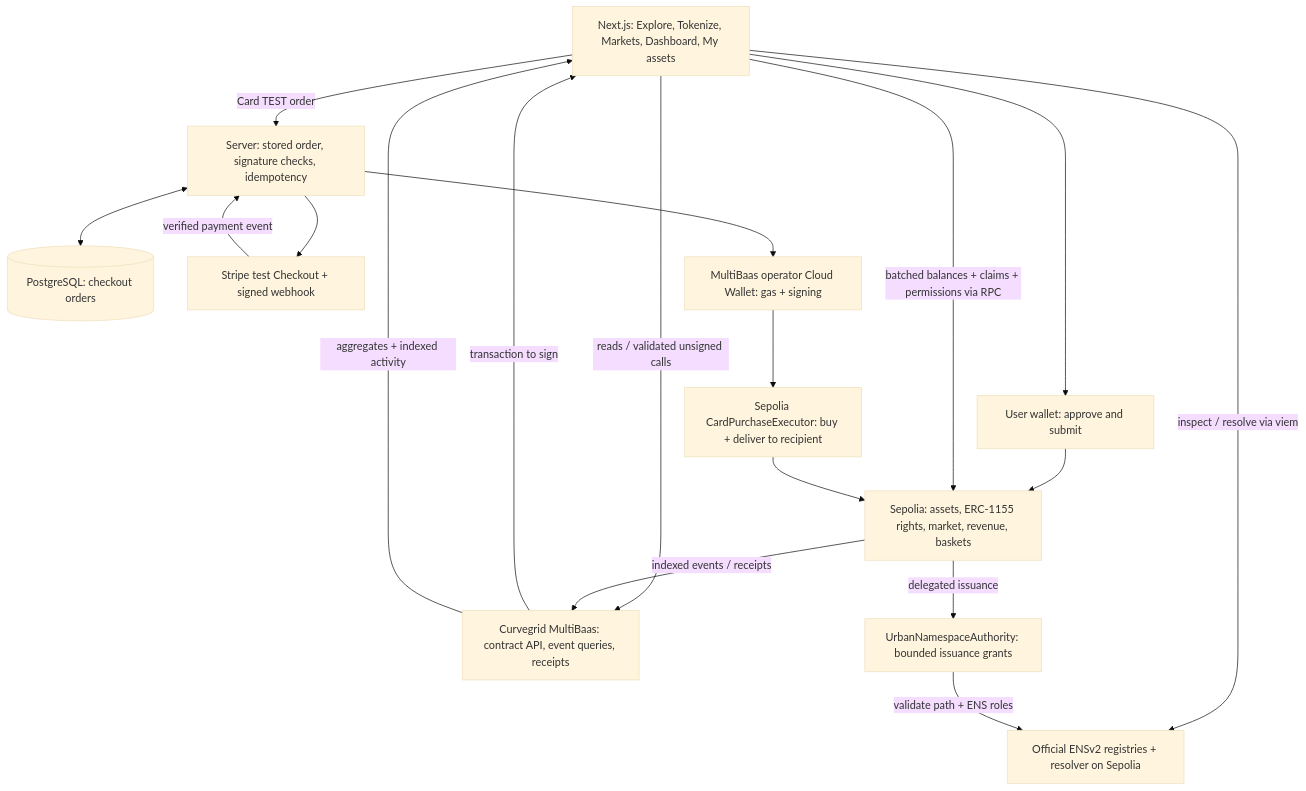
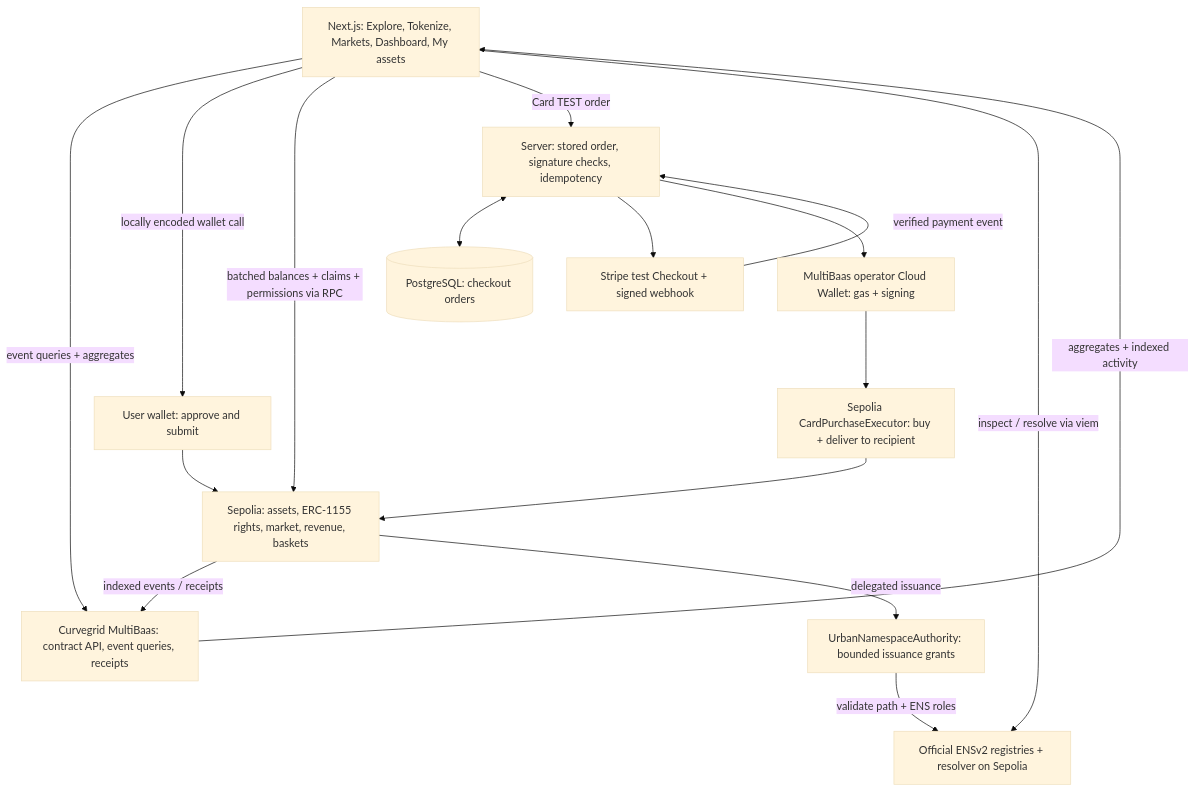
The diagram in README.md (natsukingly/tokenize-tokyo), drawn with Mermaid (base theme) before and after one commit. The commit also changed other lines of this file and 12 other files, not shown here.

Commit message:
fix: prepare Sepolia wallet transactions without quota-limited API calls

````diff
--- a/README.md
+++ b/README.md
@@ -122,29 +122,28 @@
 ```mermaid
 flowchart TD
     UI["Next.js: Explore, Tokenize, Markets, Dashboard, My assets"]
     MB["Curvegrid MultiBaas: contract API, event queries, receipts"]
     WALLET["User wallet: approve and submit"]
     CORE["Sepolia: assets, ERC-1155 rights, market, revenue, baskets"]
     SERVER["Server: stored order, signature checks, idempotency"]
     DB[("PostgreSQL: checkout orders")]
     STRIPE["Stripe test Checkout + signed webhook"]
     CLOUD["MultiBaas operator Cloud Wallet: gas + signing"]
     CARD["Sepolia CardPurchaseExecutor: buy + deliver to recipient"]
     ENS["Official ENSv2 registries + resolver on Sepolia"]
     AUTH["UrbanNamespaceAuthority: bounded issuance grants"]
 
-    UI -->|"reads / validated unsigned calls"| MB
-    MB -->|"transaction to sign"| UI
-    UI --> WALLET --> CORE
+    UI -->|"event queries + aggregates"| MB
+    UI -->|"locally encoded wallet call"| WALLET --> CORE
     CORE -->|"indexed events / receipts"| MB
     MB -->|"aggregates + indexed activity"| UI
     UI -->|"batched balances + claims + permissions via RPC"| CORE
     UI -->|"Card TEST order"| SERVER
     SERVER <--> DB
     SERVER --> STRIPE
     STRIPE -->|"verified payment event"| SERVER
     SERVER --> CLOUD --> CARD --> CORE
     UI -->|"inspect / resolve via viem"| ENS
     CORE -->|"delegated issuance"| AUTH
     AUTH -->|"validate path + ENS roles"| ENS
 ```
````
